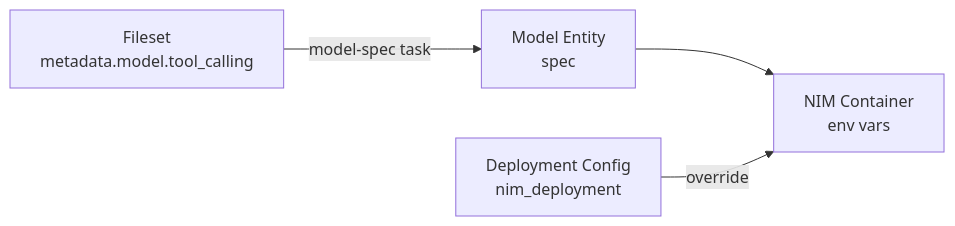
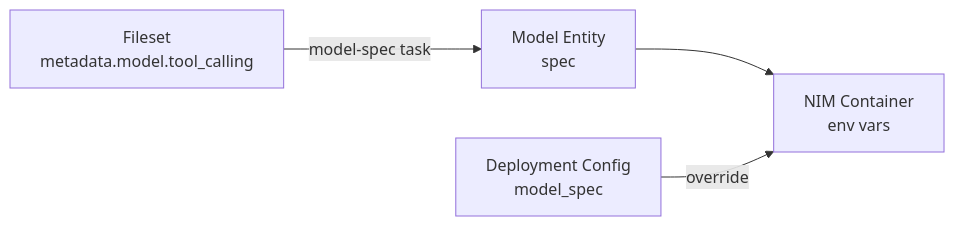
The diagram in docs/run-inference/tutorials/deploy-models.mdx (NVIDIA-NeMo/nemo-platform), drawn with Mermaid before and after one commit. The commit also changed other lines of this file and 70 other files, not shown here.

````diff
--- a/docs/run-inference/tutorials/deploy-models.mdx
+++ b/docs/run-inference/tutorials/deploy-models.mdx
@@ -660,6 +939,6 @@
 ```mermaid
 flowchart LR
  FS["Fileset<br/>metadata.model.tool_calling"] -->|model-spec task| ME["Model Entity<br/>spec"]
  ME --> ENV["NIM Container<br/>env vars"]
- DC["Deployment Config<br/>nim_deployment"] -->|override| ENV
+ DC["Deployment Config<br/>model_spec"] -->|override| ENV
 ```
````
